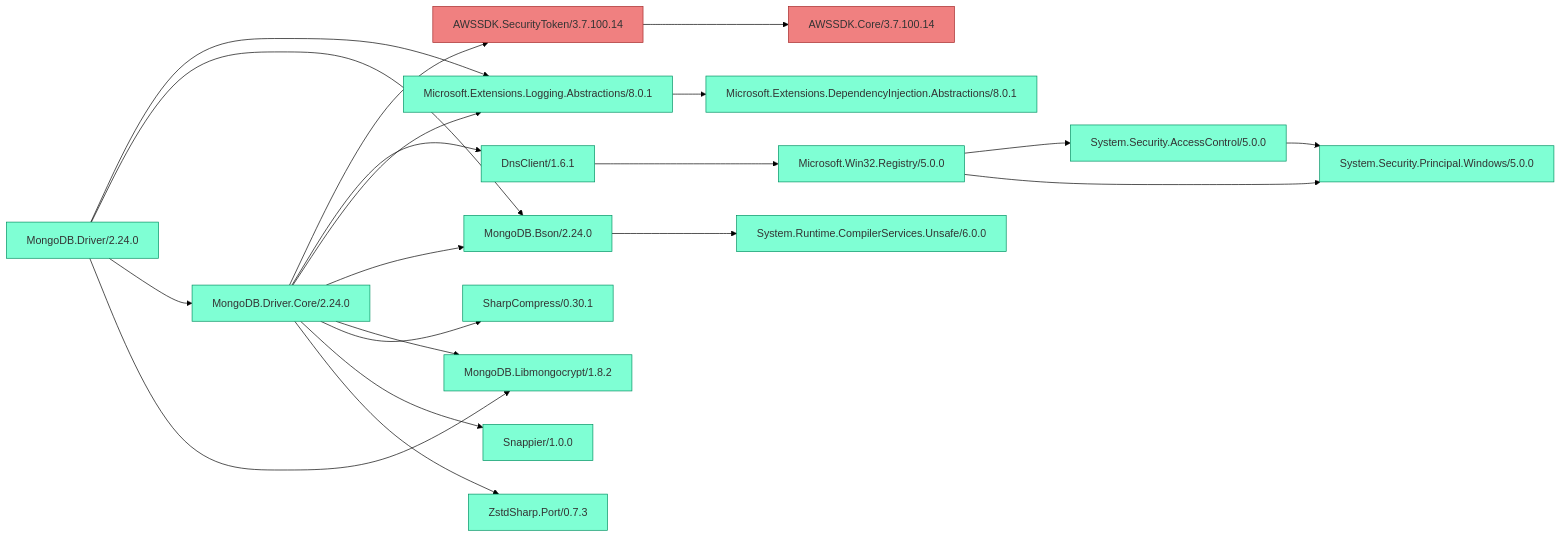
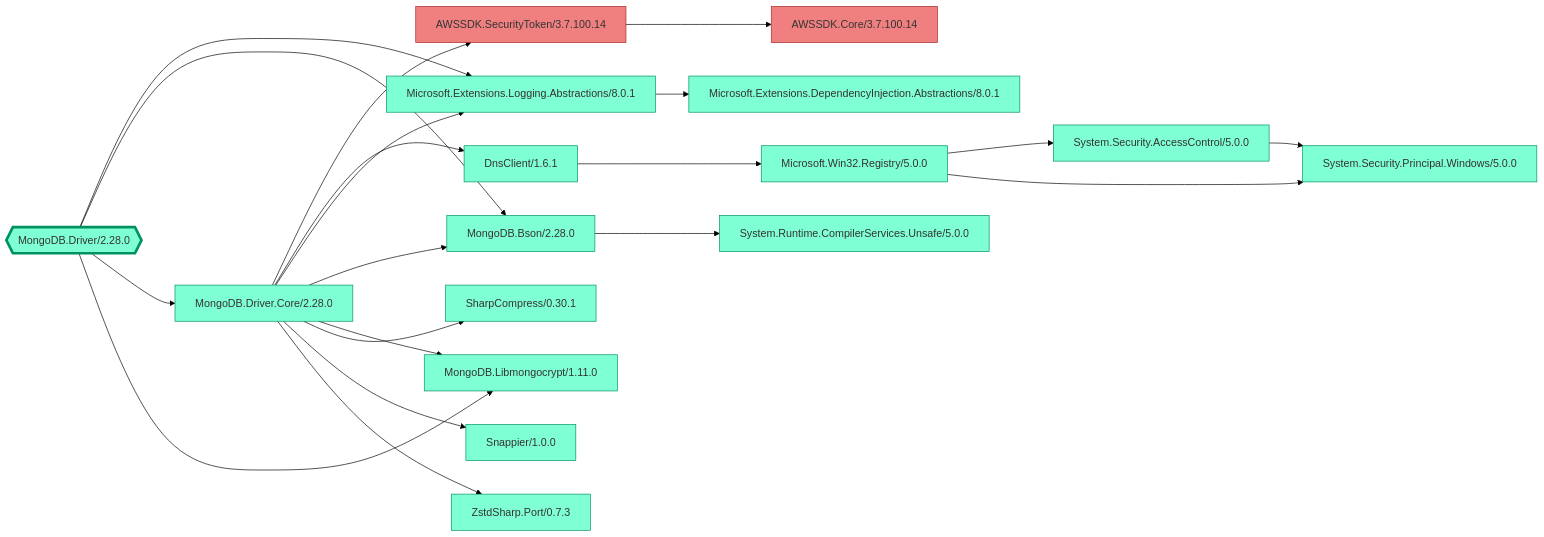
The second of 6 diagrams in README.md (0xced/Chisel), drawn with Mermaid (forest theme) before and after one commit. The commit also changed other lines of this file, not shown here.

Commit message:
Update the README with hexagon shapes for graph roots

````diff
--- a/README.md
+++ b/README.md
@@ -92,43 +92,45 @@
 ```mermaid
 graph LR
 
+classDef root stroke-width:4px
 classDef default fill:aquamarine,stroke:#009061,color:#333333
 classDef removed fill:lightcoral,stroke:#A42A2A
 
 AWSSDK.SecurityToken/3.7.100.14 --> AWSSDK.Core/3.7.100.14
 DnsClient/1.6.1 --> Microsoft.Win32.Registry/5.0.0
 Microsoft.Extensions.Logging.Abstractions/8.0.1 --> Microsoft.Extensions.DependencyInjection.Abstractions/8.0.1
 Microsoft.Win32.Registry/5.0.0 --> System.Security.AccessControl/5.0.0
 Microsoft.Win32.Registry/5.0.0 --> System.Security.Principal.Windows/5.0.0
-MongoDB.Bson/2.24.0 --> System.Runtime.CompilerServices.Unsafe/6.0.0
-MongoDB.Driver/2.24.0 --> Microsoft.Extensions.Logging.Abstractions/8.0.1
-MongoDB.Driver/2.24.0 --> MongoDB.Bson/2.24.0
-MongoDB.Driver/2.24.0 --> MongoDB.Driver.Core/2.24.0
-MongoDB.Driver/2.24.0 --> MongoDB.Libmongocrypt/1.8.2
-MongoDB.Driver.Core/2.24.0 --> AWSSDK.SecurityToken/3.7.100.14
-MongoDB.Driver.Core/2.24.0 --> DnsClient/1.6.1
-MongoDB.Driver.Core/2.24.0 --> Microsoft.Extensions.Logging.Abstractions/8.0.1
-MongoDB.Driver.Core/2.24.0 --> MongoDB.Bson/2.24.0
-MongoDB.Driver.Core/2.24.0 --> MongoDB.Libmongocrypt/1.8.2
-MongoDB.Driver.Core/2.24.0 --> SharpCompress/0.30.1
-MongoDB.Driver.Core/2.24.0 --> Snappier/1.0.0
-MongoDB.Driver.Core/2.24.0 --> ZstdSharp.Port/0.7.3
+MongoDB.Bson/2.28.0 --> System.Runtime.CompilerServices.Unsafe/5.0.0
+MongoDB.Driver/2.28.0{{MongoDB.Driver/2.28.0}} --> Microsoft.Extensions.Logging.Abstractions/8.0.1
+MongoDB.Driver/2.28.0{{MongoDB.Driver/2.28.0}} --> MongoDB.Bson/2.28.0
+MongoDB.Driver/2.28.0{{MongoDB.Driver/2.28.0}} --> MongoDB.Driver.Core/2.28.0
+MongoDB.Driver/2.28.0{{MongoDB.Driver/2.28.0}} --> MongoDB.Libmongocrypt/1.11.0
+MongoDB.Driver.Core/2.28.0 --> AWSSDK.SecurityToken/3.7.100.14
+MongoDB.Driver.Core/2.28.0 --> DnsClient/1.6.1
+MongoDB.Driver.Core/2.28.0 --> Microsoft.Extensions.Logging.Abstractions/8.0.1
+MongoDB.Driver.Core/2.28.0 --> MongoDB.Bson/2.28.0
+MongoDB.Driver.Core/2.28.0 --> MongoDB.Libmongocrypt/1.11.0
+MongoDB.Driver.Core/2.28.0 --> SharpCompress/0.30.1
+MongoDB.Driver.Core/2.28.0 --> Snappier/1.0.0
+MongoDB.Driver.Core/2.28.0 --> ZstdSharp.Port/0.7.3
 System.Security.AccessControl/5.0.0 --> System.Security.Principal.Windows/5.0.0
 
 class AWSSDK.Core/3.7.100.14 removed
 class AWSSDK.SecurityToken/3.7.100.14 removed
 class DnsClient/1.6.1 default
 class Microsoft.Extensions.DependencyInjection.Abstractions/8.0.1 default
 class Microsoft.Extensions.Logging.Abstractions/8.0.1 default
 class Microsoft.Win32.Registry/5.0.0 default
-class MongoDB.Bson/2.24.0 default
-class MongoDB.Driver/2.24.0 default
-class MongoDB.Driver.Core/2.24.0 default
-class MongoDB.Libmongocrypt/1.8.2 default
+class MongoDB.Bson/2.28.0 default
+class MongoDB.Driver/2.28.0 root
+class MongoDB.Driver/2.28.0 default
+class MongoDB.Driver.Core/2.28.0 default
+class MongoDB.Libmongocrypt/1.11.0 default
 class SharpCompress/0.30.1 default
 class Snappier/1.0.0 default
-class System.Runtime.CompilerServices.Unsafe/6.0.0 default
+class System.Runtime.CompilerServices.Unsafe/5.0.0 default
 class System.Security.AccessControl/5.0.0 default
 class System.Security.Principal.Windows/5.0.0 default
 class ZstdSharp.Port/0.7.3 default
 ```
````
